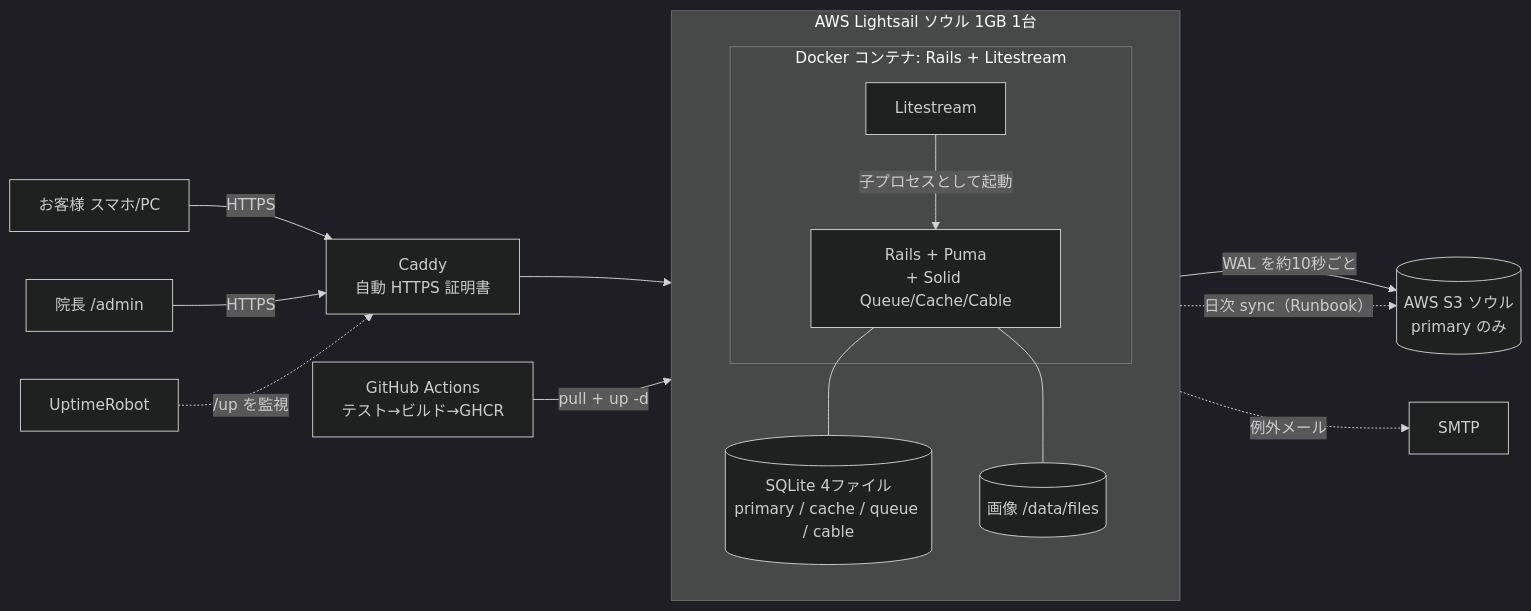
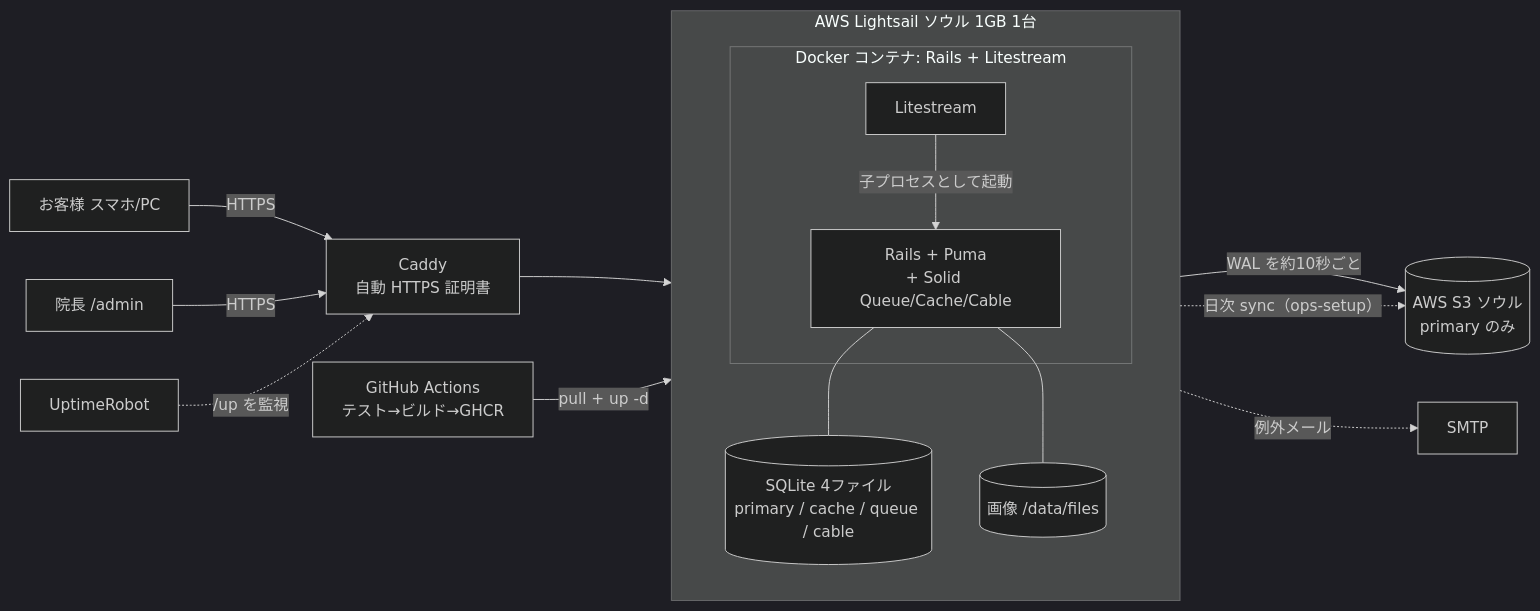
One commit to YIDONGYONG/eunpa-beauty-salon changed the first of 5 diagrams in README.ja.md. Above: the diagram before and after it, drawn with Mermaid (dark theme). The commit also changed other lines of this file and 8 other files, not shown here.

Commit message:
docs: runbook を面接用に短縮、ops-setup.md 追加、市場調査（상주시）を追加

````diff
--- a/README.ja.md
+++ b/README.ja.md
@@ -84,19 +84,19 @@
 ```mermaid
 flowchart LR
   U[お客様 スマホ/PC] -->|HTTPS| CD[Caddy<br/>自動 HTTPS 証明書]
   A[院長 /admin] -->|HTTPS| CD
   CD --> V
   subgraph V[AWS Lightsail ソウル 1GB 1台]
     direction TB
     subgraph W[Docker コンテナ: Rails + Litestream]
       LS[Litestream] -->|子プロセスとして起動| P[Rails + Puma<br/>+ Solid Queue/Cache/Cable]
     end
     P --- DB[(SQLite 4ファイル<br/>primary / cache / queue / cable)]
     P --- IMG[(画像 /data/files)]
   end
   LS -->|WAL を約10秒ごと| S3[(AWS S3 ソウル<br/>primary のみ)]
-  IMG -.->|日次 sync（Runbook）| S3
+  IMG -.->|日次 sync（ops-setup）| S3
   GH[GitHub Actions<br/>テスト→ビルド→GHCR] -->|pull + up -d| V
   UP[UptimeRobot] -.->|/up を監視| CD
   P -.->|例外メール| M[SMTP]
 ```
````
